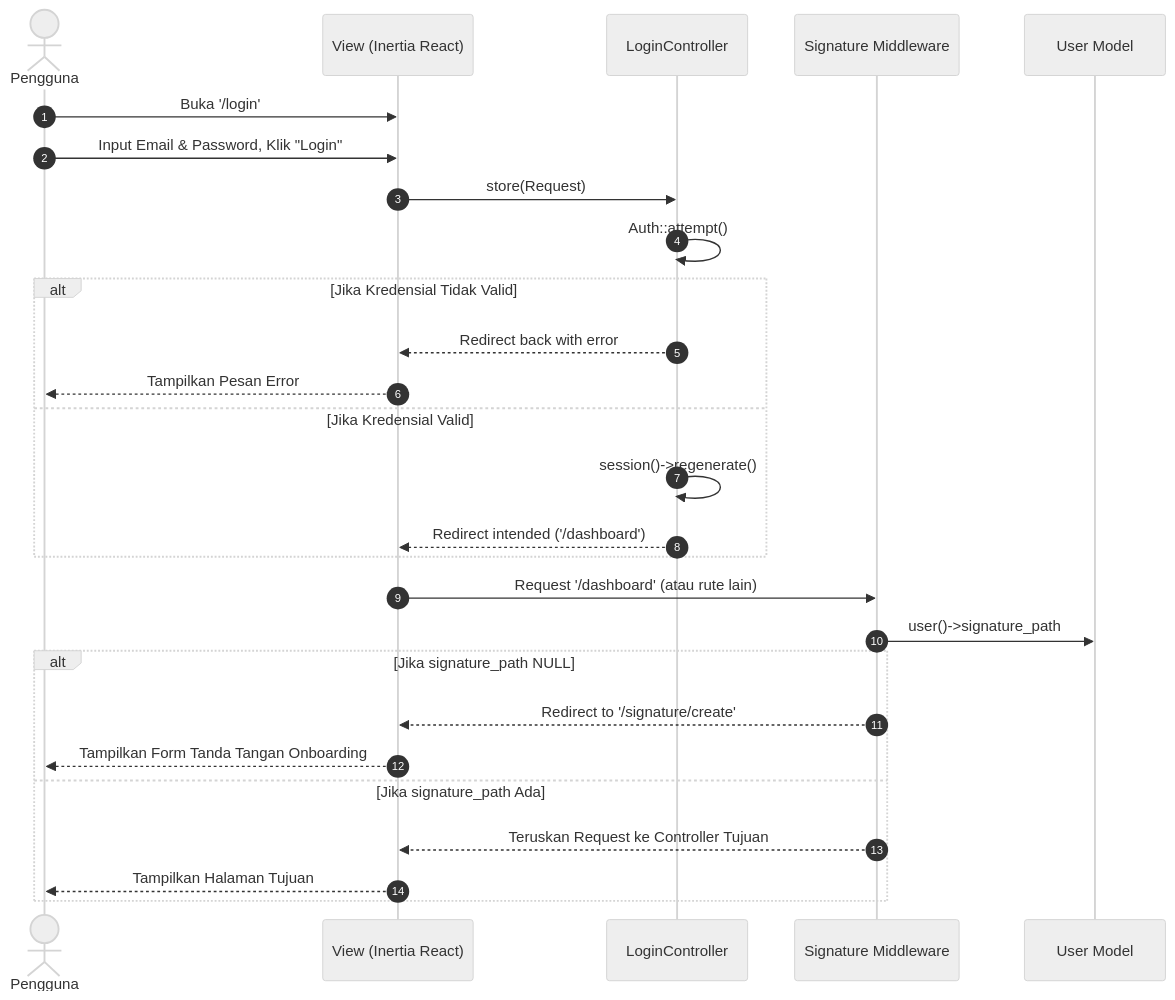
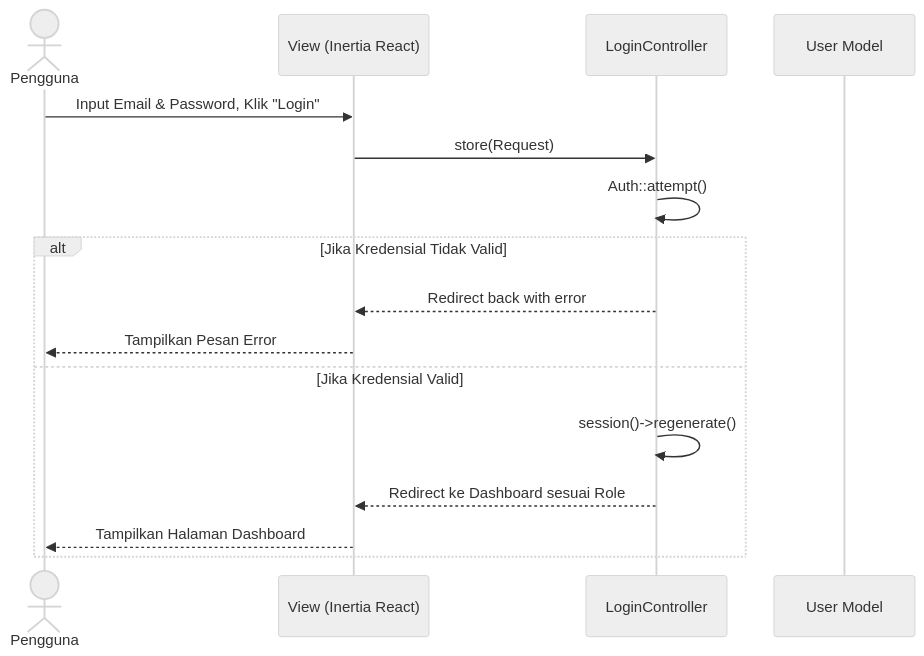
One commit to wahyu2021/SIMPATIK changed the first of 14 diagrams in laporan_sequence_diagram.md. Above: the diagram before and after it, drawn with Mermaid (neutral theme). The commit also changed other lines of this file and 34 other files, not shown here.

````diff
--- a/laporan_sequence_diagram.md
+++ b/laporan_sequence_diagram.md
@@ -20,33 +20,20 @@
 ```mermaid
 sequenceDiagram
-    autonumber
     actor U as Pengguna
     participant V as View (Inertia React)
     participant C as LoginController
-    participant MW as Signature Middleware
     participant M as User Model
 
-    U->>V: Buka '/login'
     U->>V: Input Email & Password, Klik "Login"
     V->>C: store(Request)
     
     C->>C: Auth::attempt()
     alt Jika Kredensial Tidak Valid
         C-->>V: Redirect back with error
         V-->>U: Tampilkan Pesan Error
     else Jika Kredensial Valid
         C->>C: session()->regenerate()
-        C-->>V: Redirect intended ('/dashboard')
-    end
-    
-    V->>MW: Request '/dashboard' (atau rute lain)
-    MW->>M: user()->signature_path
-    
-    alt Jika signature_path NULL
-        MW-->>V: Redirect to '/signature/create'
-        V-->>U: Tampilkan Form Tanda Tangan Onboarding
-    else Jika signature_path Ada
-        MW-->>V: Teruskan Request ke Controller Tujuan
-        V-->>U: Tampilkan Halaman Tujuan
+        C-->>V: Redirect ke Dashboard sesuai Role
+        V-->>U: Tampilkan Halaman Dashboard
     end
 ```
````
